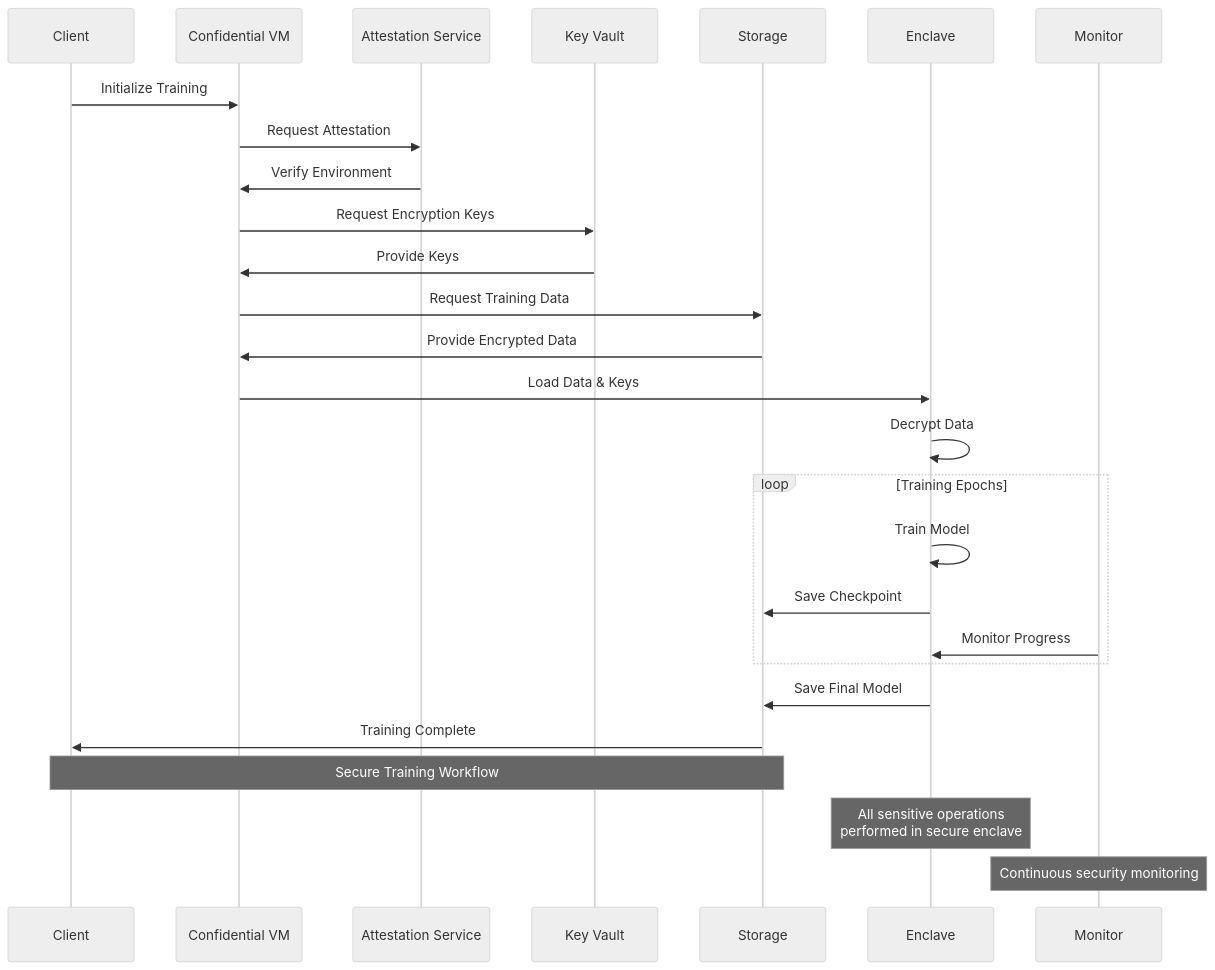
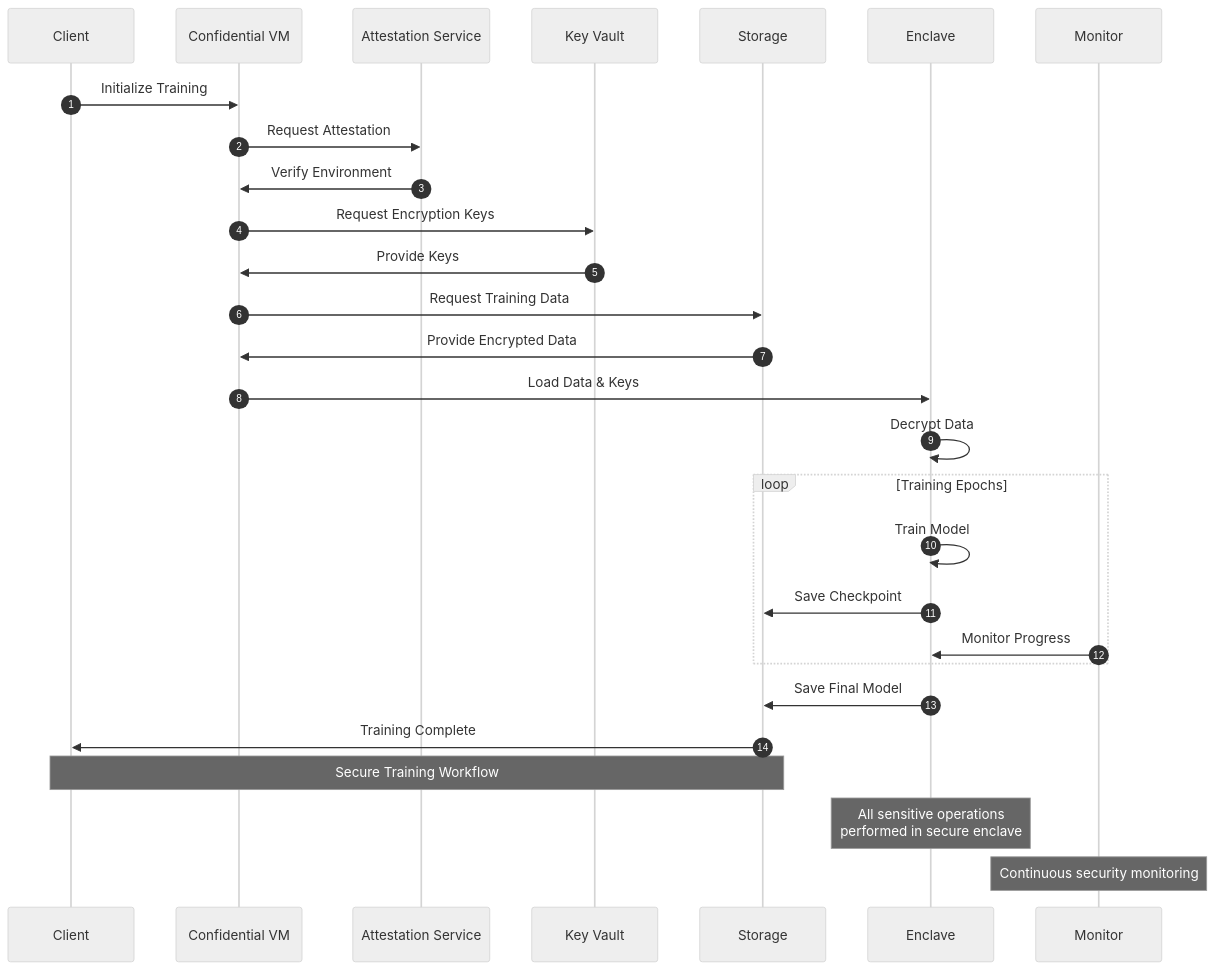
Before and after one commit to gitmujoshi/confidentialcomputingplatform: the diagram in docs/Training_Workflow.md, drawn with Mermaid (neutral theme). The commit also changed 1 other file, not shown here.

Commit message:
updated diagrams

````diff
--- a/docs/Training_Workflow.md
+++ b/docs/Training_Workflow.md
@@ -9,31 +9,32 @@
 ```mermaid
 sequenceDiagram
+    autonumber
     participant Client
     participant VM as Confidential VM
     participant Attest as Attestation Service
     participant KV as Key Vault
     participant Storage
     participant Enclave
     participant Monitor
 
     Client->>VM: Initialize Training
     VM->>Attest: Request Attestation
     Attest->>VM: Verify Environment
     VM->>KV: Request Encryption Keys
     KV->>VM: Provide Keys
     VM->>Storage: Request Training Data
     Storage->>VM: Provide Encrypted Data
     VM->>Enclave: Load Data & Keys
     Enclave->>Enclave: Decrypt Data
     loop Training Epochs
         Enclave->>Enclave: Train Model
         Enclave->>Storage: Save Checkpoint
         Monitor->>Enclave: Monitor Progress
     end
     Enclave->>Storage: Save Final Model
     Storage->>Client: Training Complete
 
     Note over Client,Storage: Secure Training Workflow
     Note over Enclave: All sensitive operations<br/>performed in secure enclave
     Note over Monitor: Continuous security monitoring
 ```
````
